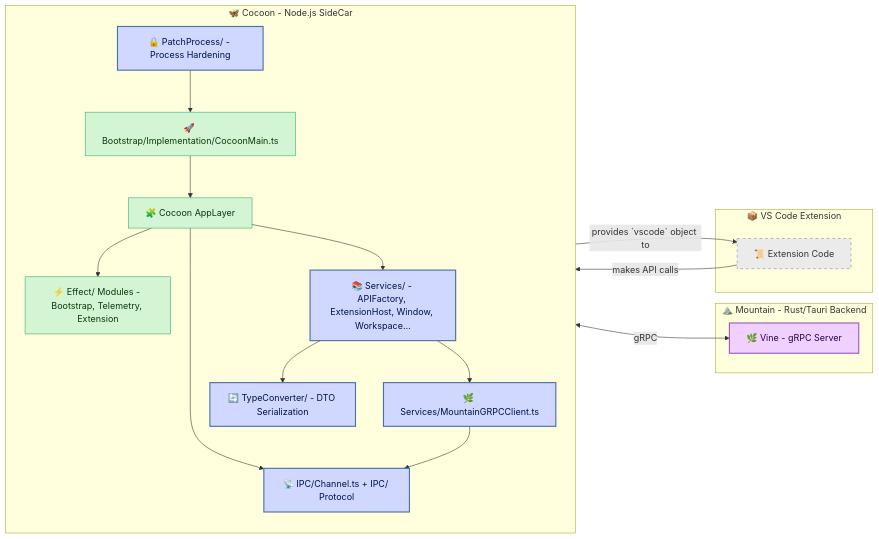
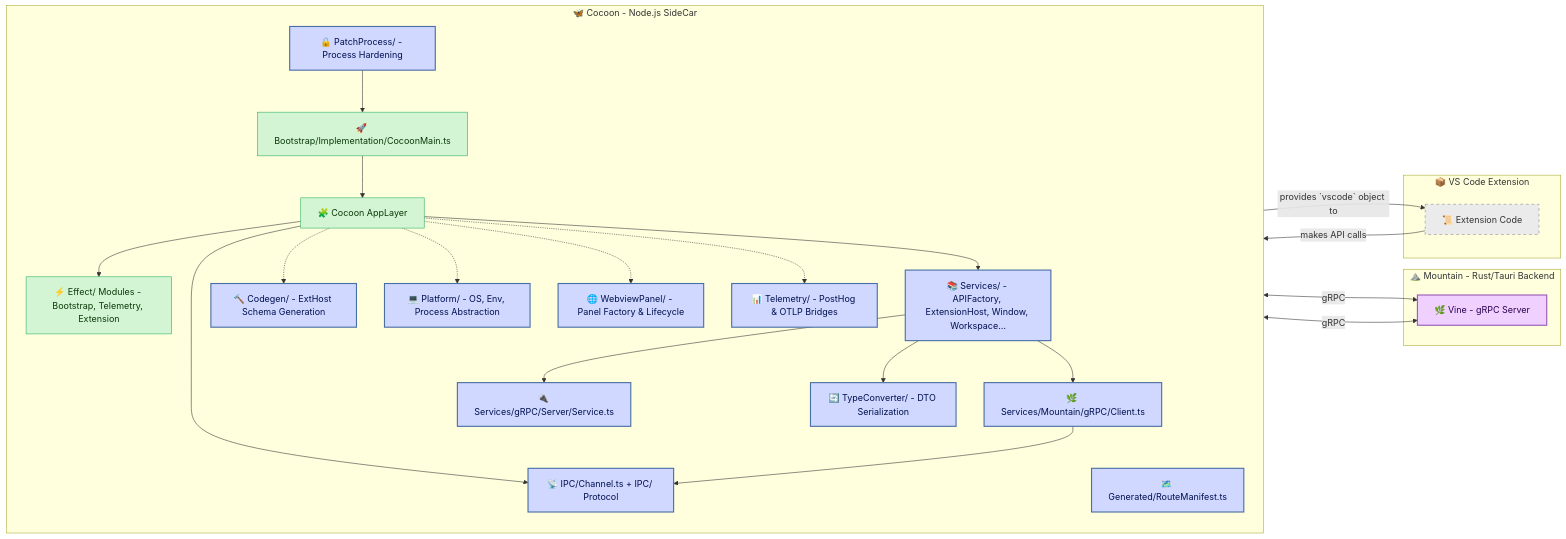
The diagram in README.md (CodeEditorLand/Cocoon), drawn with Mermaid before and after one commit. The commit also changed other lines of this file and 35 other files, not shown here.

First line of the commit message:
docs(Cocoon): Refactor architectural documentation and update diagrams

````diff
--- a/README.md
+++ b/README.md
@@ -162,40 +203,53 @@
 ```mermaid
 graph LR
     classDef mountain fill:#f0d0ff,stroke:#9b59b6,stroke-width:2px,color:#2c0050;
     classDef cocoon   fill:#d0d8ff,stroke:#4a6fa5,stroke-width:2px,color:#001050;
     classDef effectts fill:#d4f5d4,stroke:#27ae60,stroke-width:1px,color:#0a3a0a;
     classDef vscode   fill:#ebebeb,stroke:#888,stroke-width:1px,stroke-dasharray:5 5,color:#333;
 
     subgraph "🦋 Cocoon - Node.js SideCar"
         direction TB
         Bootstrap["🚀 Bootstrap/Implementation/CocoonMain.ts"]:::effectts
         AppLayer["🧩 Cocoon AppLayer"]:::effectts
         EffectModules["⚡ Effect/ Modules - Bootstrap, Telemetry, Extension"]:::effectts
         PatchProcess["🔒 PatchProcess/ - Process Hardening"]:::cocoon
         APIServices["📚 Services/ - APIFactory, ExtensionHost, Window, Workspace…"]:::cocoon
-        IPCService["📡 IPC/Channel.ts + IPC/ Protocol"]:::cocoon
-        GRPCClient["🌿 Services/MountainGRPCClient.ts"]:::cocoon
+        IPCProtocol["📡 IPC/Channel.ts + IPC/ Protocol"]:::cocoon
+        GRPCClient["🌿 Services/Mountain/gRPC/Client.ts"]:::cocoon
+        GRPCServer["🔌 Services/gRPC/Server/Service.ts"]:::cocoon
         TypeConverter["🔄 TypeConverter/ - DTO Serialization"]:::cocoon
+        CodegenModule["🔨 Codegen/ - ExtHost Schema Generation"]:::cocoon
+        PlatformModule["💻 Platform/ - OS, Env, Process Abstraction"]:::cocoon
+        WebviewPanel["🌐 WebviewPanel/ - Panel Factory & Lifecycle"]:::cocoon
+        TelemetryModule["📊 Telemetry/ - PostHog & OTLP Bridges"]:::cocoon
+        GeneratedRoute["🗺️ Generated/RouteManifest.ts"]:::cocoon
 
         Bootstrap --> AppLayer
         AppLayer --> EffectModules
         AppLayer --> APIServices
-        AppLayer --> IPCService
+        AppLayer --> IPCProtocol
         APIServices --> GRPCClient
+        APIServices --> GRPCServer
         APIServices --> TypeConverter
-        GRPCClient --> IPCService
+        GRPCClient --> IPCProtocol
         PatchProcess --> Bootstrap
+
+        AppLayer -.-> CodegenModule
+        AppLayer -.-> PlatformModule
+        AppLayer -.-> WebviewPanel
+        AppLayer -.-> TelemetryModule
     end
 
     subgraph "⛰️ Mountain - Rust/Tauri Backend"
         VineGRPC["🌿 Vine - gRPC Server"]:::mountain
     end
 
     subgraph "📦 VS Code Extension"
         ExtensionCode["📜 Extension Code"]:::vscode
     end
 
     APIServices -- provides `vscode` object to --> ExtensionCode
     ExtensionCode -- makes API calls --> APIServices
     GRPCClient <-- gRPC --> VineGRPC
+    GRPCServer <-- gRPC --> VineGRPC
 ```
````
